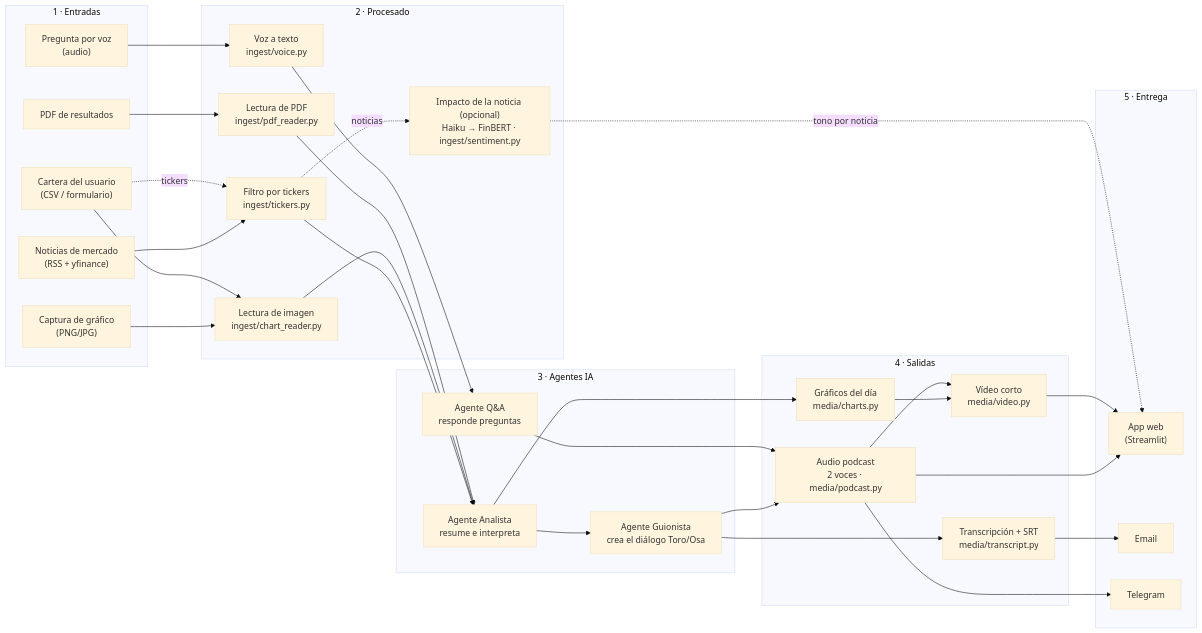
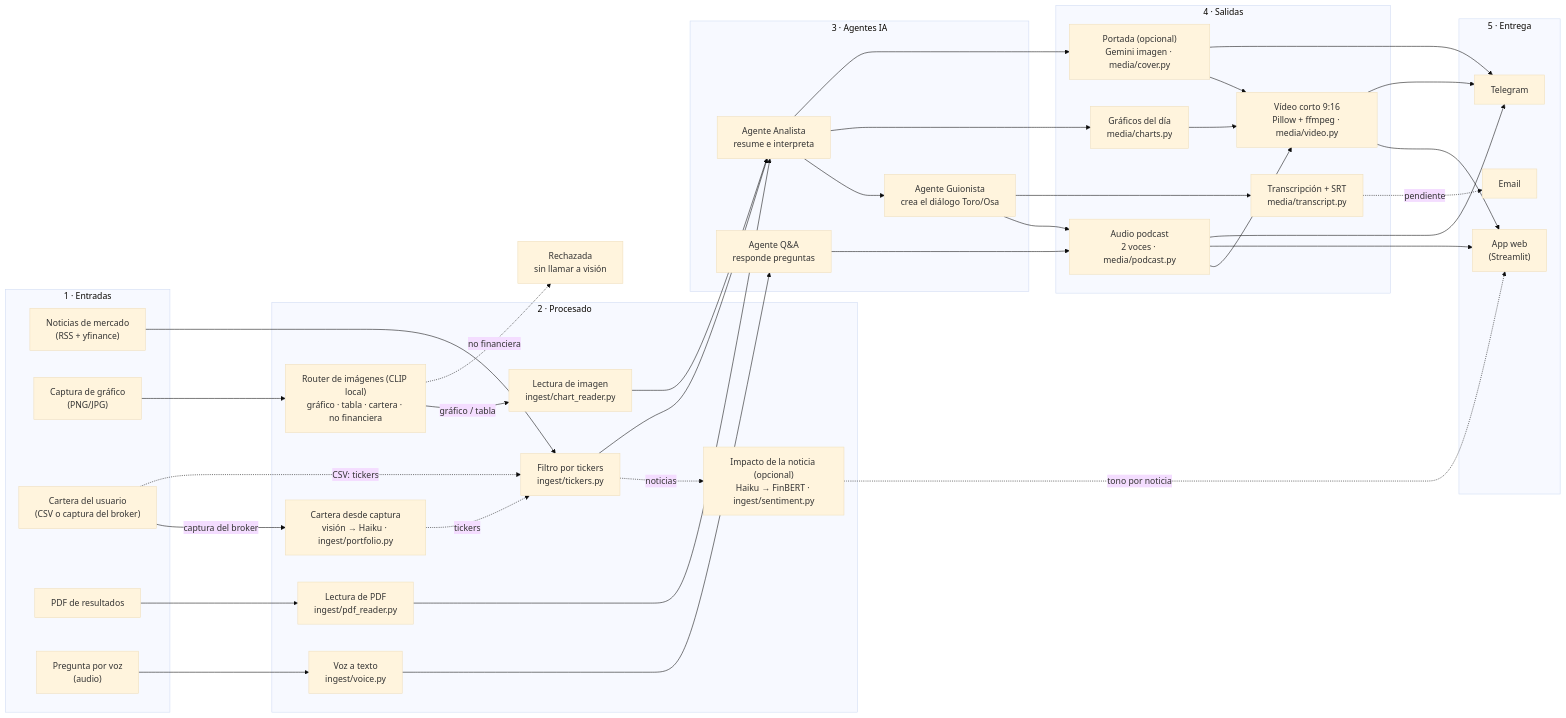
One commit to Romequinco/multimodal-market-briefer changed the first of 2 diagrams in README.md. Above: the diagram before and after it, drawn with Mermaid (base theme). The commit also changed other lines of this file and 9 other files, not shown here.

Commit message:
Documentación: fase 1 cerrada (vídeo, portada, Telegram, router CLIP y captura de cartera)

````diff
--- a/README.md
+++ b/README.md
@@ -101,64 +109,74 @@
 ```mermaid
 flowchart LR
     subgraph E["1 · Entradas"]
         N["Noticias de mercado<br/>(RSS + yfinance)"]
         G["Captura de gráfico<br/>(PNG/JPG)"]
-        C["Cartera del usuario<br/>(CSV / formulario)"]
+        C["Cartera del usuario<br/>(CSV o captura del broker)"]
         P["PDF de resultados"]
         V["Pregunta por voz<br/>(audio)"]
     end
 
     subgraph PR["2 · Procesado"]
         FT["Filtro por tickers<br/>ingest/tickers.py"]
+        RI["Router de imágenes (CLIP local)<br/>gráfico · tabla · cartera · no financiera"]
         LI["Lectura de imagen<br/>ingest/chart_reader.py"]
+        LC["Cartera desde captura<br/>visión → Haiku · ingest/portfolio.py"]
         LP["Lectura de PDF<br/>ingest/pdf_reader.py"]
         VT["Voz a texto<br/>ingest/voice.py"]
         IM["Impacto de la noticia (opcional)<br/>Haiku → FinBERT · ingest/sentiment.py"]
     end
 
     subgraph AG["3 · Agentes IA"]
         AN["Agente Analista<br/>resume e interpreta"]
         GU["Agente Guionista<br/>crea el diálogo Toro/Osa"]
         QA["Agente Q&A<br/>responde preguntas"]
     end
 
     subgraph S["4 · Salidas"]
         GD["Gráficos del día<br/>media/charts.py"]
         AU["Audio podcast<br/>2 voces · media/podcast.py"]
         TR["Transcripción + SRT<br/>media/transcript.py"]
-        VI["Vídeo corto<br/>media/video.py"]
+        VI["Vídeo corto 9:16<br/>Pillow + ffmpeg · media/video.py"]
+        PO["Portada (opcional)<br/>Gemini imagen · media/cover.py"]
     end
 
     subgraph D["5 · Entrega"]
         W["App web<br/>(Streamlit)"]
         EM["Email"]
         TG["Telegram"]
     end
 
     N --> FT
     FT -. noticias .-> IM
-    G --> LI
-    C --> LI
-    C -. tickers .-> FT
+    G --> RI
+    RI -- "gráfico / tabla" --> LI
+    RI -. "no financiera" .-> RX["Rechazada<br/>sin llamar a visión"]
+    C -- "captura del broker" --> LC
+    LC -. tickers .-> FT
+    C -. "CSV: tickers" .-> FT
     P --> LP
     V --> VT
 
     FT --> AN
     LI --> AN
     LP --> AN
     VT --> QA
 
     AN --> GU
     AN --> GD
     GU --> AU
     GU --> TR
     QA --> AU
 
+    AN --> PO
     GD --> VI
+    PO --> VI
     AU --> VI
     AU --> W
     VI --> W
-    TR --> EM
+    TR -. pendiente .-> EM
     IM -. tono por noticia .-> W
     AU --> TG
+    VI --> TG
+    PO --> TG
 ```
````
